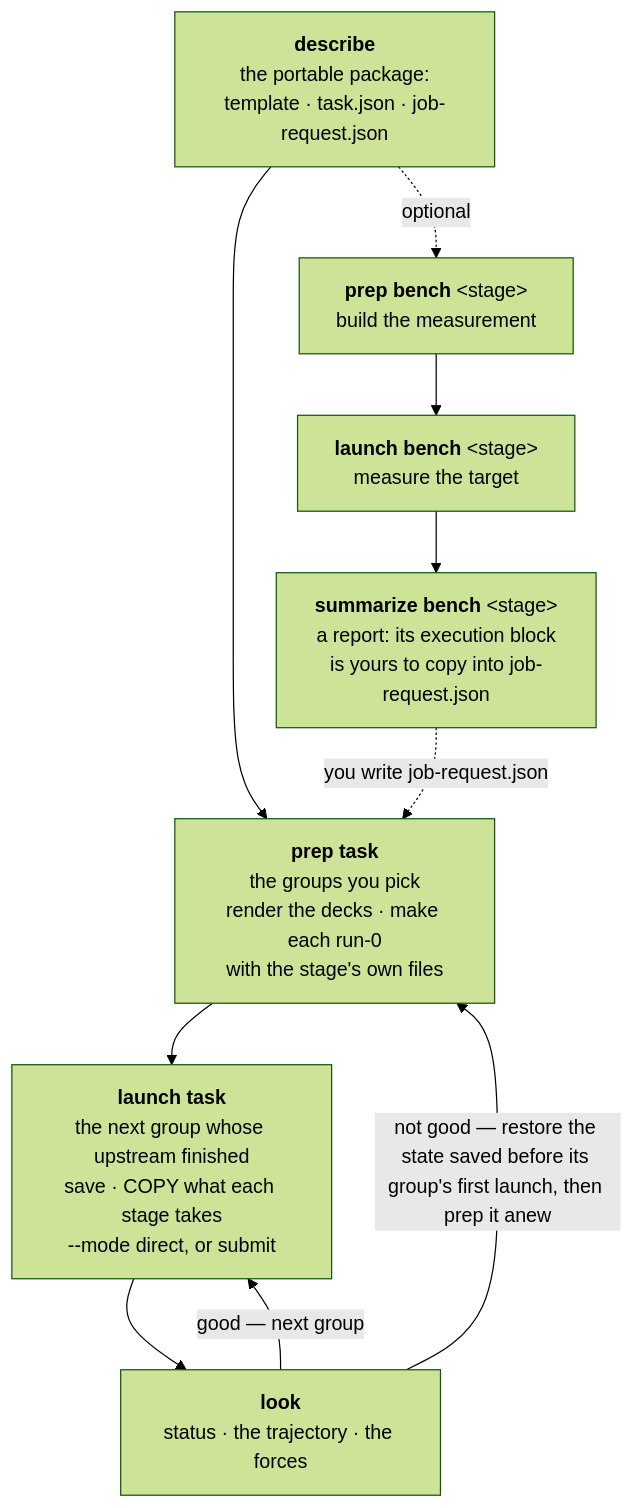
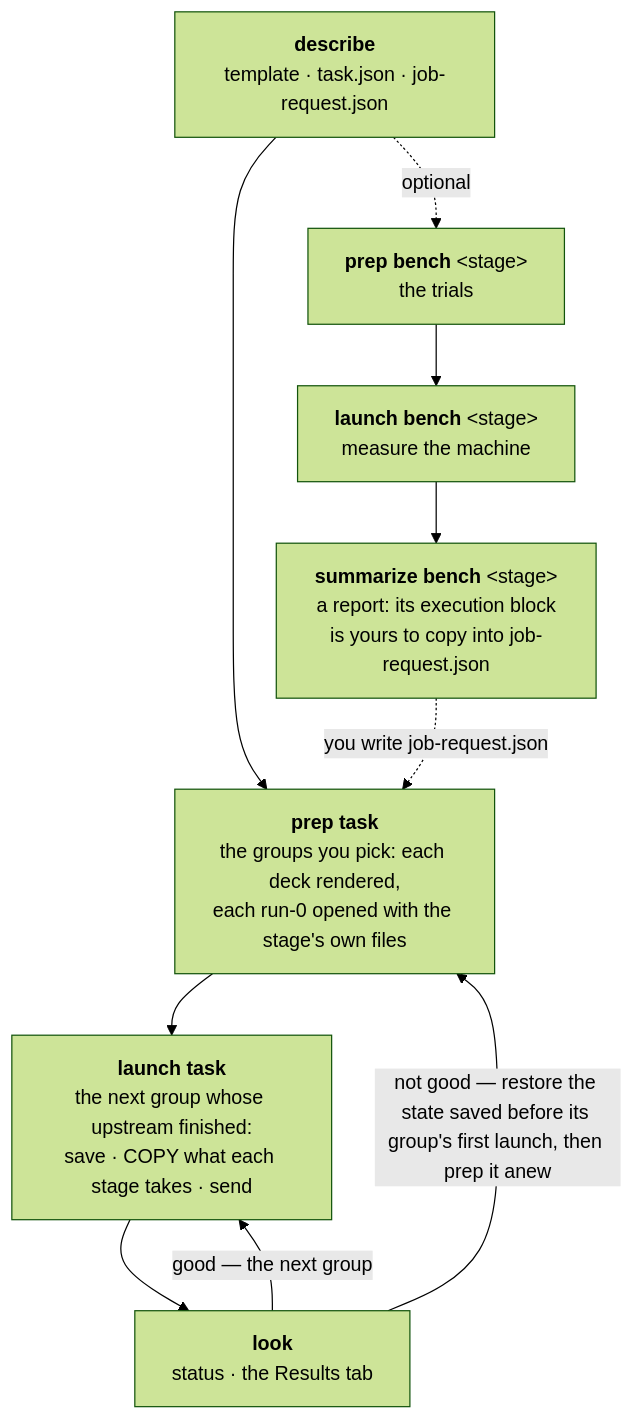
Before and after one commit to Qing-LAB/molbuilder: the fifth of 13 diagrams in docs/execution/job-system.md, drawn with Mermaid (forest theme). The commit also changed other lines of this file and 30 other files, not shown here.

````diff
--- a/docs/execution/job-system.md
+++ b/docs/execution/job-system.md
@@ -2061,15 +964,15 @@
 ```mermaid
 flowchart TD
-    D["<b>describe</b><br/>the portable package:<br/>template · task.json · job-request.json"]
-    PB["<b>prep bench</b> &lt;stage&gt;<br/>build the measurement"]
-    SB["<b>launch bench</b> &lt;stage&gt;<br/>measure the target"]
+    D["<b>describe</b><br/>template · task.json · job-request.json"]
+    PB["<b>prep bench</b> &lt;stage&gt;<br/>the trials"]
+    SB["<b>launch bench</b> &lt;stage&gt;<br/>measure the machine"]
     SM["<b>summarize bench</b> &lt;stage&gt;<br/>a report: its execution block<br/>is yours to copy into job-request.json"]
-    PR["<b>prep task</b><br/>the groups you pick<br/>render the decks · make each run-0<br/>with the stage's own files"]
-    SR["<b>launch task</b><br/>the next group whose upstream finished<br/>save · COPY what each stage takes<br/>--mode direct, or submit"]
-    L["<b>look</b><br/>status · the trajectory · the forces"]
+    PR["<b>prep task</b><br/>the groups you pick: each deck rendered,<br/>each run-0 opened with the stage's own files"]
+    SR["<b>launch task</b><br/>the next group whose upstream finished:<br/>save · COPY what each stage takes · send"]
+    L["<b>look</b><br/>status · the Results tab"]
     D --> PR
     D -. optional .-> PB --> SB --> SM -. "you write job-request.json" .-> PR
     PR --> SR --> L
-    L -->|"good — next group"| SR
+    L -->|"good — the next group"| SR
     L -->|"not good — restore the state saved before its group's first launch, then prep it anew"| PR
 ```
````
